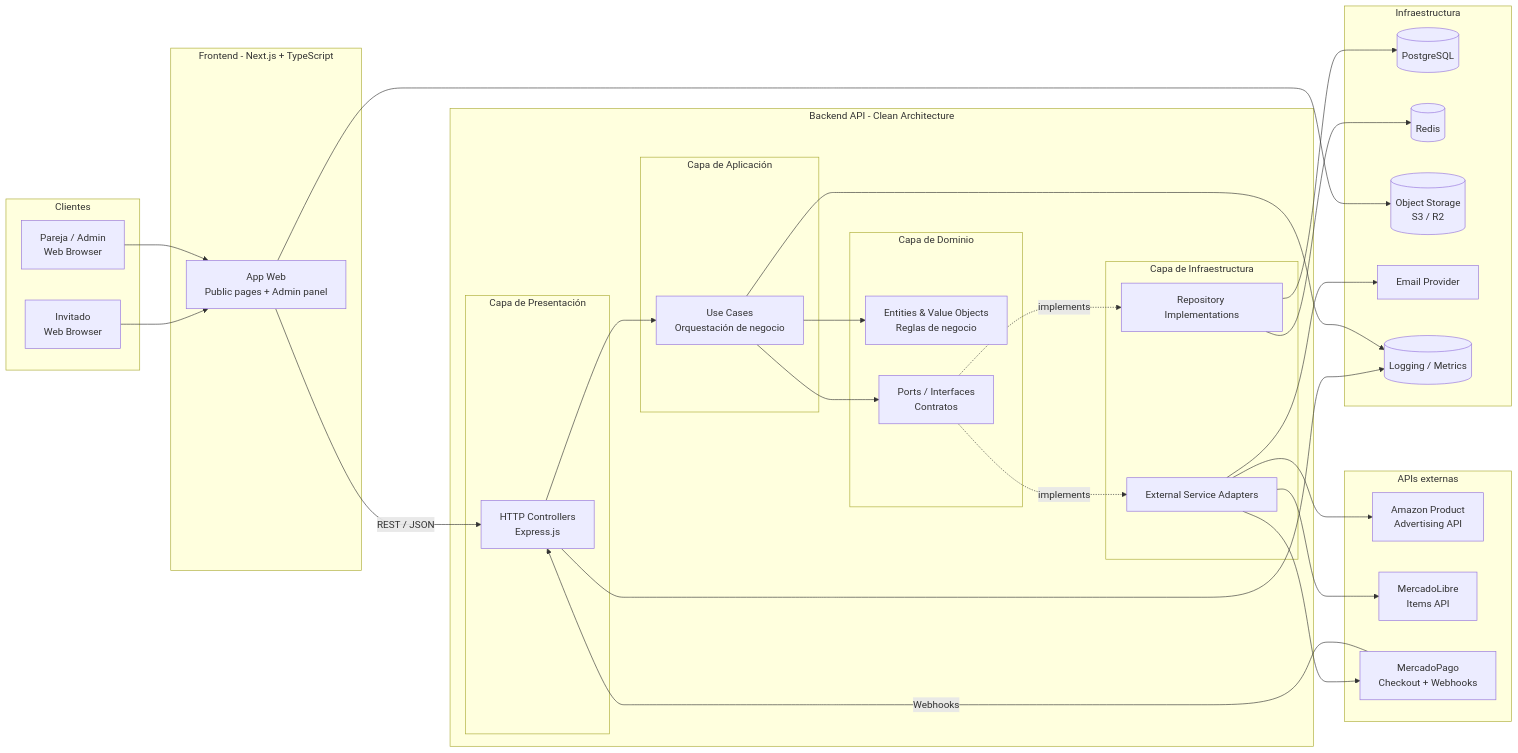
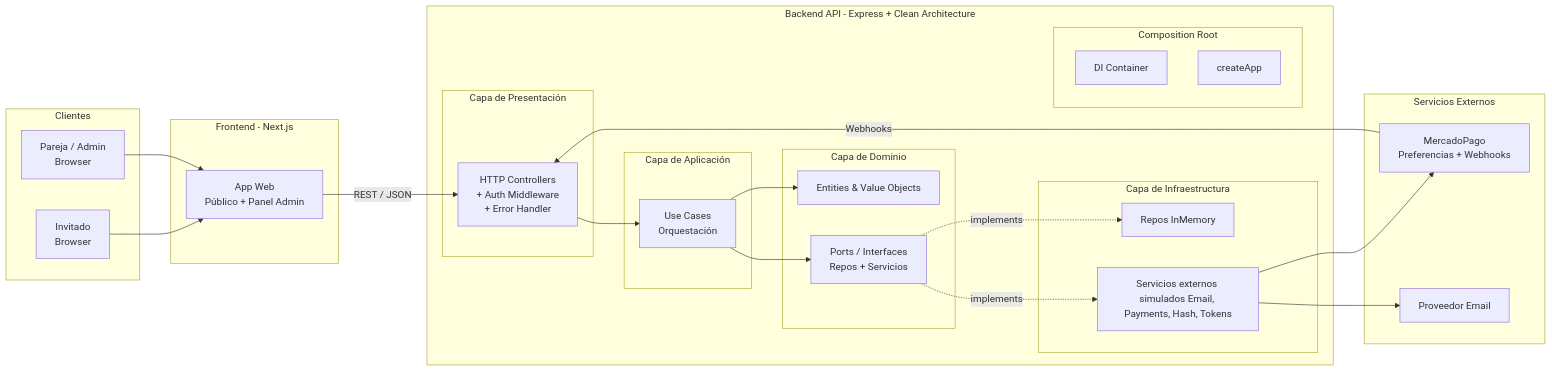
The diagram in docs/c2-contenedores.md (jagoss/wedding-gifts), drawn with Mermaid before and after one commit. The commit also changed other lines of this file and 3 other files, not shown here.

Commit message:
Refactor architecture diagrams for clarity and consistency. Updated terminology in flowcharts, improved descriptions of components, and added missing use cases for contributions and payments. Enhanced documentation structure to better reflect the Clean Architecture principles.

````diff
--- a/docs/c2-contenedores.md
+++ b/docs/c2-contenedores.md
@@ -3,82 +3,60 @@
 ```mermaid
 flowchart LR
     %% Clientes
     subgraph Clients[Clientes]
-        Guest[Invitado\nWeb Browser]
-        Couple[Pareja / Admin\nWeb Browser]
+        Guest[Invitado\nBrowser]
+        Couple[Pareja / Admin\nBrowser]
     end
 
     %% Frontend
-    subgraph Frontend[Frontend - Next.js + TypeScript]
-        FEApp[App Web\nPublic pages + Admin panel]
+    subgraph Frontend[Frontend - Next.js]
+        FEApp[App Web\nPúblico + Panel Admin]
     end
 
-    %% Backend - Clean Architecture
-    subgraph Backend[Backend API - Clean Architecture]
+    %% Backend
+    subgraph Backend[Backend API - Express + Clean Architecture]
         subgraph Presentation[Capa de Presentación]
-            HTTPLayer[HTTP Controllers\nExpress.js]
+            HTTPLayer[HTTP Controllers\n+ Auth Middleware\n+ Error Handler]
         end
         
         subgraph Application[Capa de Aplicación]
-            UseCases[Use Cases\nOrquestación de negocio]
+            UseCases[Use Cases\nOrquestación]
         end
         
         subgraph Domain[Capa de Dominio]
-            Entities[Entities & Value Objects\nReglas de negocio]
-            Ports[Ports / Interfaces\nContratos]
+            Entities[Entities & Value Objects]
+            Ports[Ports / Interfaces\nRepos + Servicios]
         end
         
         subgraph Infrastructure[Capa de Infraestructura]
-            Repos[Repository Implementations]
-            ExtServices[External Service Adapters]
+            Repos[Repos InMemory]
+            Services[Servicios externos simulados Email, Payments, Hash, Tokens]
+        end
+        
+        subgraph Composition[Composition Root]
+            Container[DI Container]
+            AppFactory[createApp]
         end
     end
 
-    %% Infra
-    subgraph Infra[Infraestructura]
-        DB[(PostgreSQL)]
-        Cache[(Redis)]
-        Storage[(Object Storage\nS3 / R2)]
-        Mail[Email Provider]
-        Logs[(Logging / Metrics)]
+    %% Externos
+    subgraph External[Servicios Externos]
+        MPago[MercadoPago\nPreferencias + Webhooks]
+        Mail[Proveedor Email]
     end
 
-    %% Externos
-    subgraph External[APIs externas]
-        AmazonAPI[Amazon Product\nAdvertising API]
-        MLAPI[MercadoLibre\nItems API]
-        MPago[MercadoPago\nCheckout + Webhooks]
-    end
-
-    %% Navegadores -> Frontend
+    %% Flujos
     Guest --> FEApp
     Couple --> FEApp
-
-    %% Frontend -> Backend
     FEApp -->|REST / JSON| HTTPLayer
-
-    %% Clean Architecture flow (outside-in)
     HTTPLayer --> UseCases
     UseCases --> Entities
     UseCases --> Ports
     Ports -.->|implements| Repos
-    Ports -.->|implements| ExtServices
+    Ports -.->|implements| Services
 
-    %% Infrastructure -> External
-    Repos --> DB
-    Repos --> Cache
-    ExtServices --> Mail
-    ExtServices --> MPago
-    ExtServices --> AmazonAPI
-    ExtServices --> MLAPI
+    Services --> MPago
+    Services --> Mail
 
-    %% Storage
-    FEApp --> Storage
-
-    %% Webhooks
     MPago -->|Webhooks| HTTPLayer
-
-    %% Logs
-    HTTPLayer --> Logs
-    UseCases --> Logs
 ```
````
